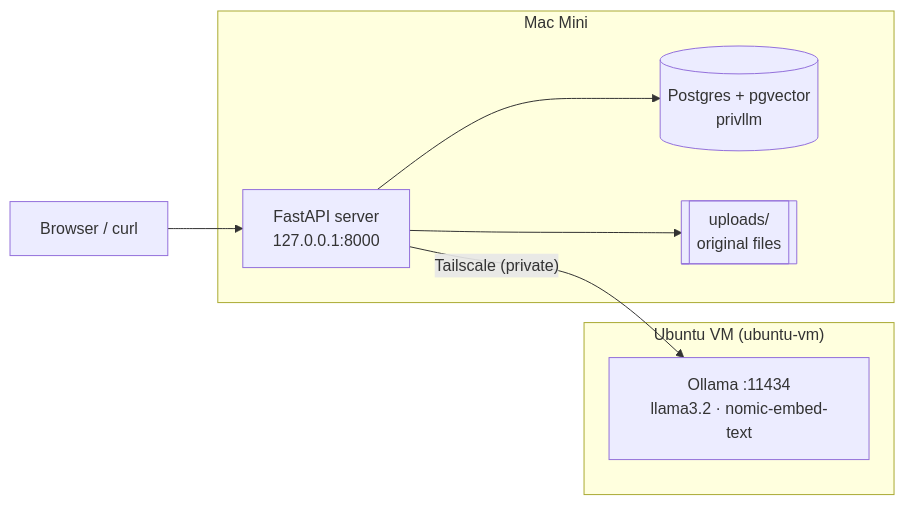
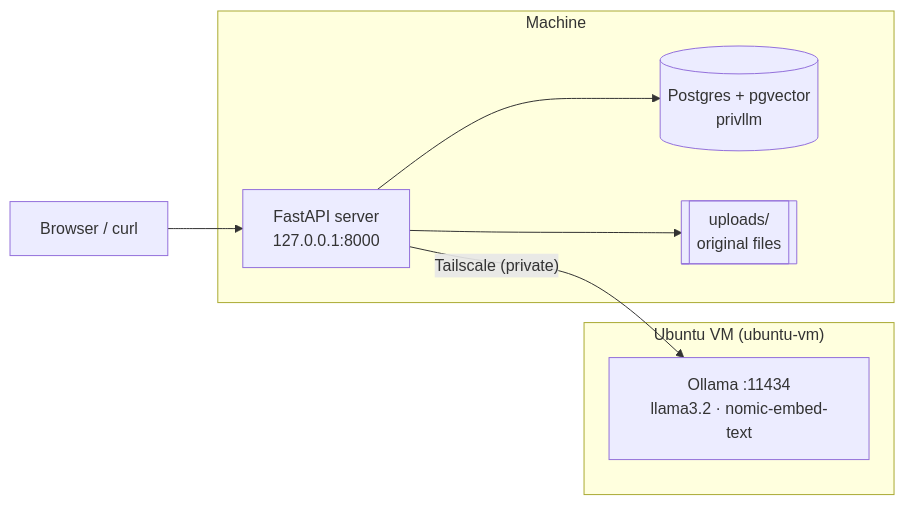
The diagram in README.md (kywelch17/priv-llm), drawn with Mermaid before and after one commit.

Commit message:
Change subgraph label in README design
Updated subgraph label from 'Mac Mini' to 'Machine' in design diagram.

````diff
--- a/README.md
+++ b/README.md
@@ -9,15 +9,15 @@
 ```mermaid
 flowchart LR
-    subgraph Mac["Mac Mini"]
+    subgraph Machine["Machine"]
         API["FastAPI server<br/>127.0.0.1:8000"]
         PG[("Postgres + pgvector<br/>privllm")]
         FS[["uploads/<br/>original files"]]
     end
     subgraph VM["Ubuntu VM (ubuntu-vm)"]
         OL["Ollama :11434<br/>llama3.2 · nomic-embed-text"]
     end
     User["Browser / curl"] --> API
     API --> PG
     API --> FS
     API -- "Tailscale (private)" --> OL
 ```
````
